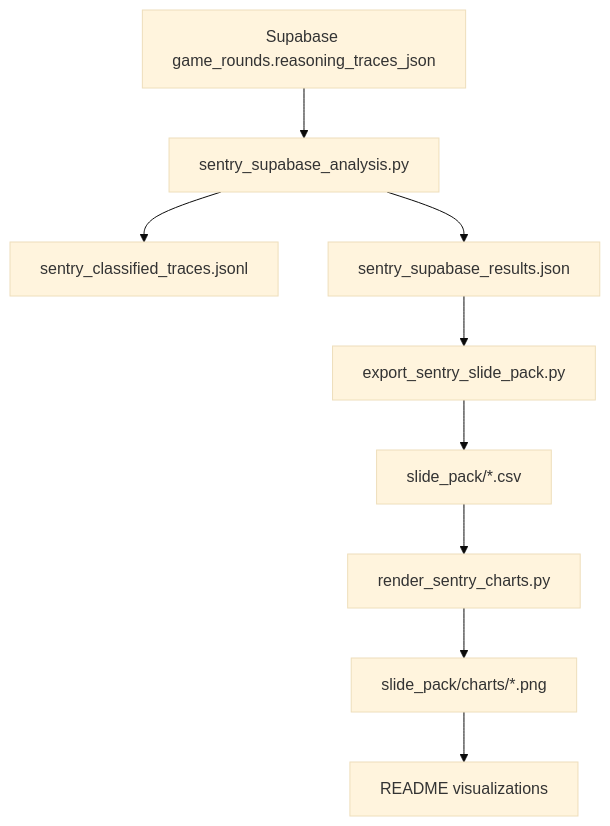
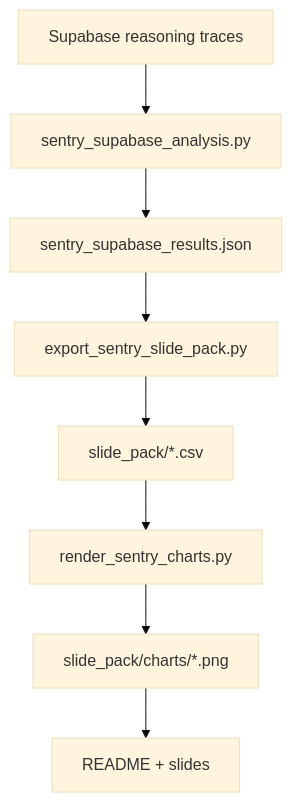
The third of 3 diagrams in README.md (srivastavanik/darwin), drawn with Mermaid (base theme) before and after one commit. The commit also changed other lines of this file, not shown here.

Commit message:
Refresh README with current findings, diagrams, and darwin.sh access.

````diff
--- a/README.md
+++ b/README.md
@@ -382,11 +173,10 @@
 ```mermaid
 flowchart TD
-  A[Supabase game_rounds.reasoning_traces_json] --> B[sentry_supabase_analysis.py]
-  B --> C[sentry_classified_traces.jsonl]
-  B --> D[sentry_supabase_results.json]
-  D --> E[export_sentry_slide_pack.py]
-  E --> F[slide_pack/*.csv]
-  F --> G[render_sentry_charts.py]
-  G --> H[slide_pack/charts/*.png]
-  H --> I[README visualizations]
+  A[Supabase reasoning traces] --> B[sentry_supabase_analysis.py]
+  B --> C[sentry_supabase_results.json]
+  C --> D[export_sentry_slide_pack.py]
+  D --> E[slide_pack/*.csv]
+  E --> F[render_sentry_charts.py]
+  F --> G[slide_pack/charts/*.png]
+  G --> H[README + slides]
 ```
````
